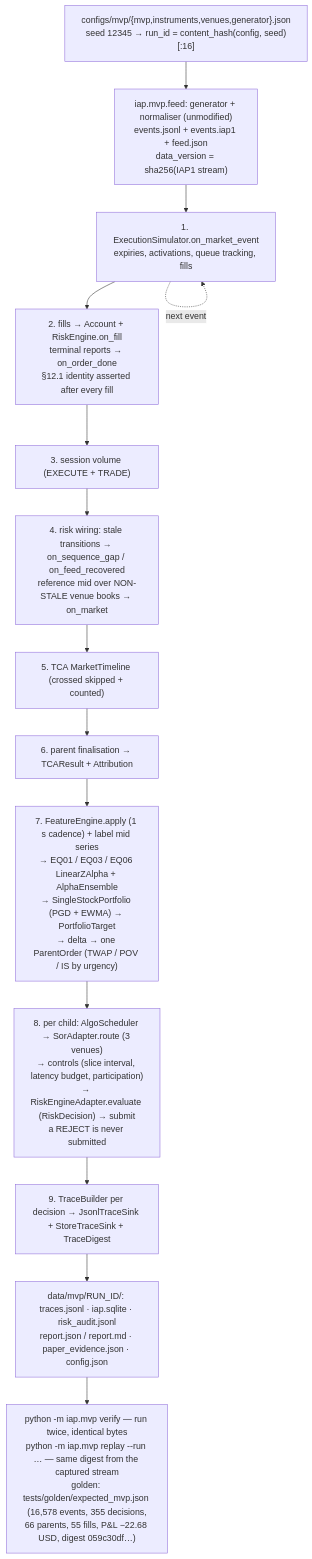
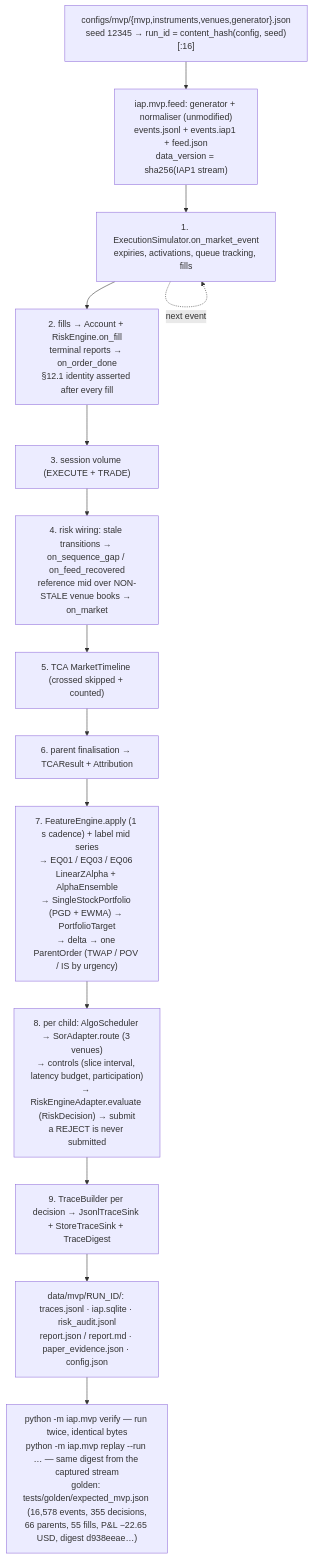
The diagram in docs/diagrams/mvp_loop.mmd (AshJha0/intraday-alpha-platform), drawn with Mermaid before and after one commit. The commit also changed 131 other files, not shown here.

```diff
--- a/docs/diagrams/mvp_loop.mmd
+++ b/docs/diagrams/mvp_loop.mmd
@@ -1,15 +1,15 @@
 flowchart TD
     %% python -m iap.mvp run — docs/MVP.md §3; per-event order of MvpEngine.on_event.
     CFG["configs/mvp/{mvp,instruments,venues,generator}.json<br/>seed 12345 → run_id = content_hash(config, seed)[:16]"] --> FEED["iap.mvp.feed: generator + normaliser (unmodified)<br/>events.jsonl + events.iap1 + feed.json<br/>data_version = sha256(IAP1 stream)"]
     FEED --> SIM["1. ExecutionSimulator.on_market_event<br/>expiries, activations, queue tracking, fills"]
     SIM --> ACC["2. fills → Account + RiskEngine.on_fill<br/>terminal reports → on_order_done<br/>§12.1 identity asserted after every fill"]
     ACC --> VOL["3. session volume (EXECUTE + TRADE)"]
     VOL --> MARK["4. risk wiring: stale transitions → on_sequence_gap / on_feed_recovered<br/>reference mid over NON-STALE venue books → on_market"]
     MARK --> TL["5. TCA MarketTimeline (crossed skipped + counted)"]
     TL --> FIN["6. parent finalisation → TCAResult + Attribution"]
     FIN --> FEAT["7. FeatureEngine.apply (1 s cadence) + label mid series<br/>→ EQ01 / EQ03 / EQ06 LinearZAlpha + AlphaEnsemble<br/>→ SingleStockPortfolio (PGD + EWMA) → PortfolioTarget<br/>→ delta → one ParentOrder (TWAP / POV / IS by urgency)"]
     FEAT --> CHILD["8. per child: AlgoScheduler → SorAdapter.route (3 venues)<br/>→ controls (slice interval, latency budget, participation)<br/>→ RiskEngineAdapter.evaluate (RiskDecision) → submit<br/>a REJECT is never submitted"]
     CHILD --> TRACE["9. TraceBuilder per decision → JsonlTraceSink + StoreTraceSink + TraceDigest"]
     TRACE --> OUT["data/mvp/RUN_ID/: traces.jsonl · iap.sqlite · risk_audit.jsonl<br/>report.json / report.md · paper_evidence.json · config.json"]
-    OUT --> VERIFY["python -m iap.mvp verify — run twice, identical bytes<br/>python -m iap.mvp replay --run … — same digest from the captured stream<br/>golden: tests/golden/expected_mvp.json (16,578 events, 355 decisions,<br/>66 parents, 55 fills, P&L −22.68 USD, digest 059c30df…)"]
+    OUT --> VERIFY["python -m iap.mvp verify — run twice, identical bytes<br/>python -m iap.mvp replay --run … — same digest from the captured stream<br/>golden: tests/golden/expected_mvp.json (16,578 events, 355 decisions,<br/>66 parents, 55 fills, P&L −22.65 USD, digest d938eeae…)"]
     SIM -. "next event" .-> SIM
```
